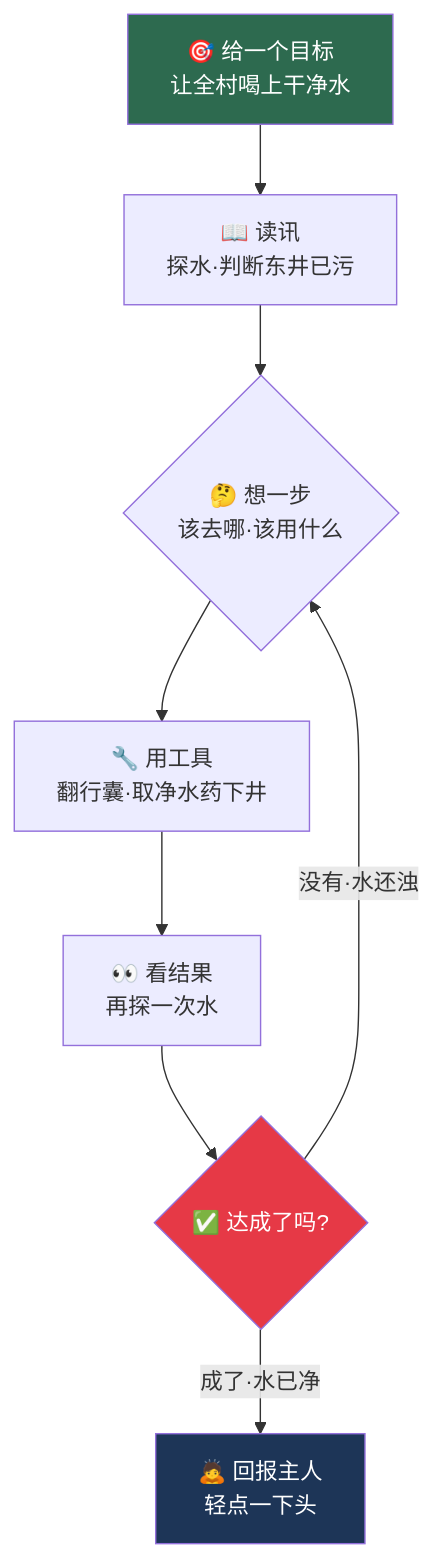
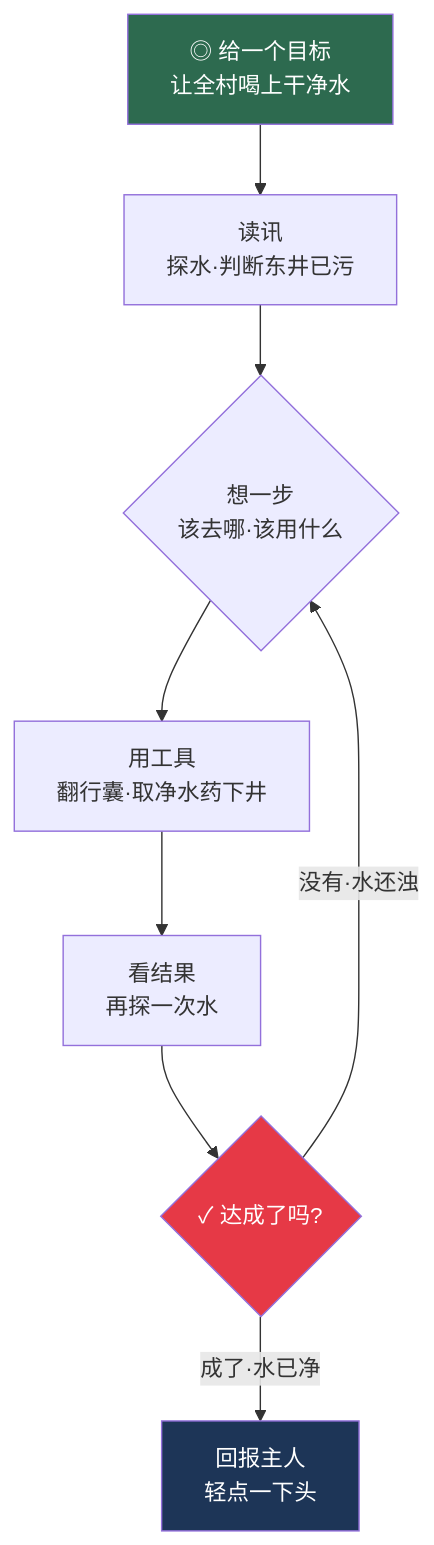
The diagram in docs/09_STORY_修仙学AI/STORY-炼气/[STORY-章节-115] 第01章 炼气·凡尘初闻道.md (luckykhy/KhyAiHub), drawn with Mermaid before and after one commit. The commit also changed other lines of this file and 19 other files, not shown here.

````diff
--- a/docs/09_STORY_修仙学AI/STORY-炼气/[STORY-章节-115] 第01章 炼气·凡尘初闻道.md
+++ b/docs/09_STORY_修仙学AI/STORY-炼气/[STORY-章节-115] 第01章 炼气·凡尘初闻道.md
@@ -233,13 +233,13 @@
 ```mermaid
 graph TD
-    A[🎯 给一个目标<br/>让全村喝上干净水] --> B[📖 读讯<br/>探水·判断东井已污]
-    B --> C{🤔 想一步<br/>该去哪·该用什么}
-    C --> D[🔧 用工具<br/>翻行囊·取净水药下井]
-    D --> E[👀 看结果<br/>再探一次水]
-    E --> F{✅ 达成了吗?}
+    A[◎ 给一个目标<br/>让全村喝上干净水] --> B[读讯<br/>探水·判断东井已污]
+    B --> C{想一步<br/>该去哪·该用什么}
+    C --> D[用工具<br/>翻行囊·取净水药下井]
+    D --> E[看结果<br/>再探一次水]
+    E --> F{✓ 达成了吗?}
     F -->|没有·水还浊| C
-    F -->|成了·水已净| G[🙇 回报主人<br/>轻点一下头]
+    F -->|成了·水已净| G[回报主人<br/>轻点一下头]
     style A fill:#2d6a4f,color:#fff
     style G fill:#1d3557,color:#fff
     style F fill:#e63946,color:#fff
 ```
````
